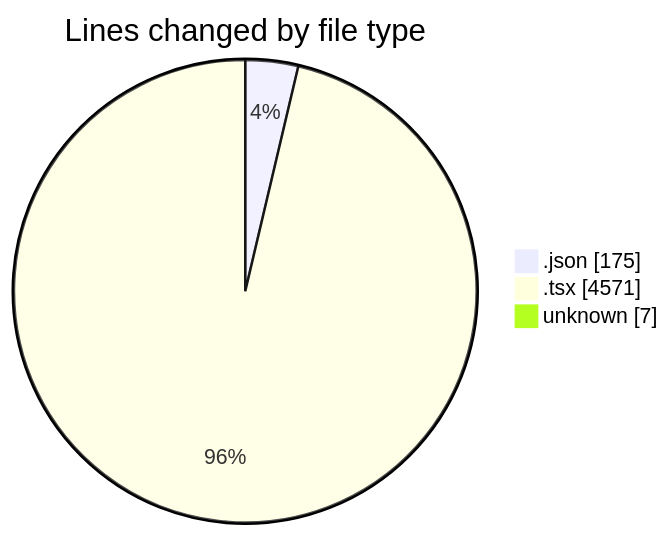
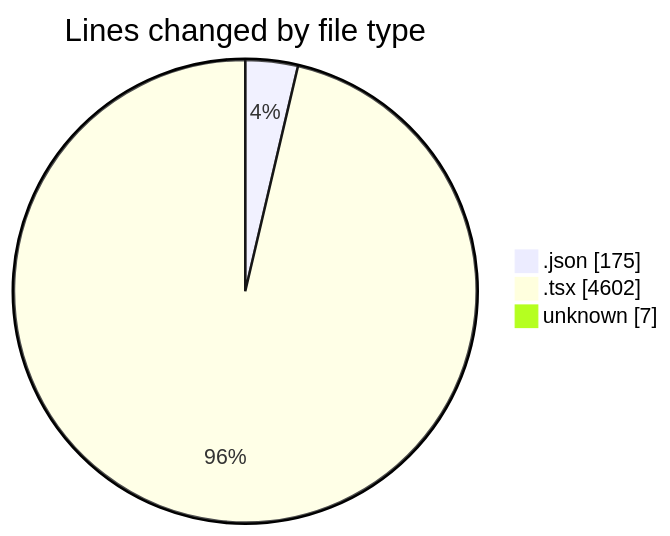
Before and after one commit to 3Nya3/code-tracking: the first of 2 diagrams in 2024-12-31/nyah/README.md, drawn with Mermaid. The commit also changed other lines of this file and 1 other file, not shown here.

````diff
--- a/2024-12-31/nyah/README.md
+++ b/2024-12-31/nyah/README.md
@@ -23,7 +23,7 @@
 ```mermaid
 pie showData
 title Lines changed by file type
 ".json" : 175
-".tsx" : 4571
+".tsx" : 4602
 "unknown" : 7
 ```
````
